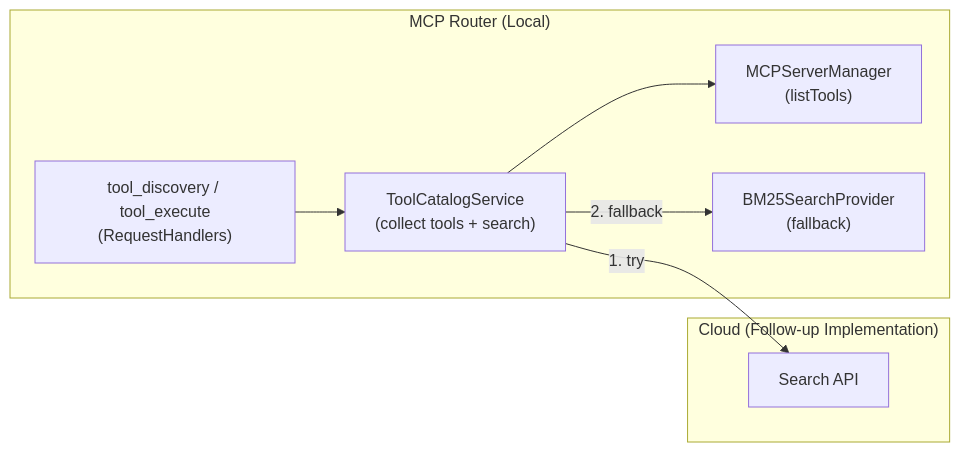
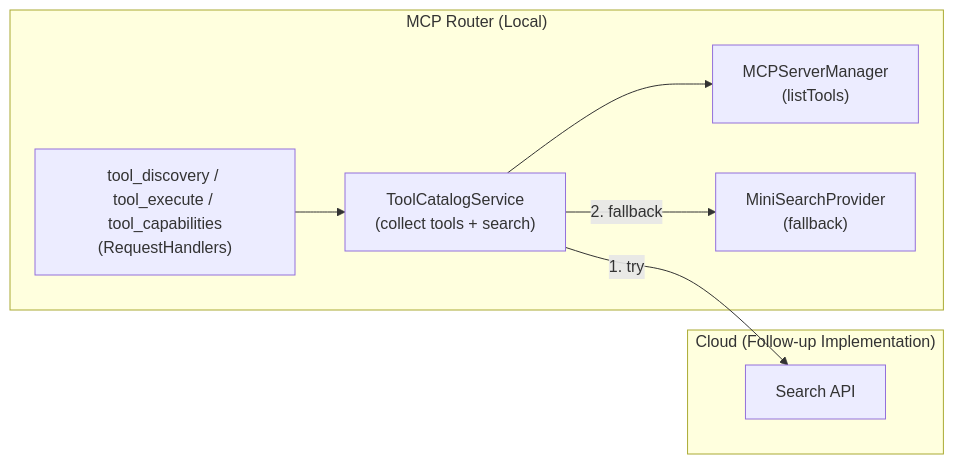
The diagram in docs/design/tool-catalog-plan.md (cyberpapiii/mcp-router), drawn with Mermaid before and after one commit. The commit also changed other lines of this file and 23 other files, not shown here.

````diff
--- a/docs/design/tool-catalog-plan.md
+++ b/docs/design/tool-catalog-plan.md
@@ -215,18 +243,18 @@
 ```mermaid
 flowchart LR
     subgraph Local["MCP Router (Local)"]
         SM["MCPServerManager\n(listTools)"]
         TCS["ToolCatalogService\n(collect tools + search)"]
-        BM25["BM25SearchProvider\n(fallback)"]
-        META["tool_discovery / tool_execute\n(RequestHandlers)"]
+        MS["MiniSearchProvider\n(fallback)"]
+        META["tool_discovery / tool_execute / tool_capabilities\n(RequestHandlers)"]
     end
 
     subgraph Cloud["Cloud (Follow-up Implementation)"]
         CS["Search API"]
     end
 
     META --> TCS
     TCS --> SM
     TCS -->|1. try| CS
-    TCS -->|2. fallback| BM25
+    TCS -->|2. fallback| MS
 ```
````
